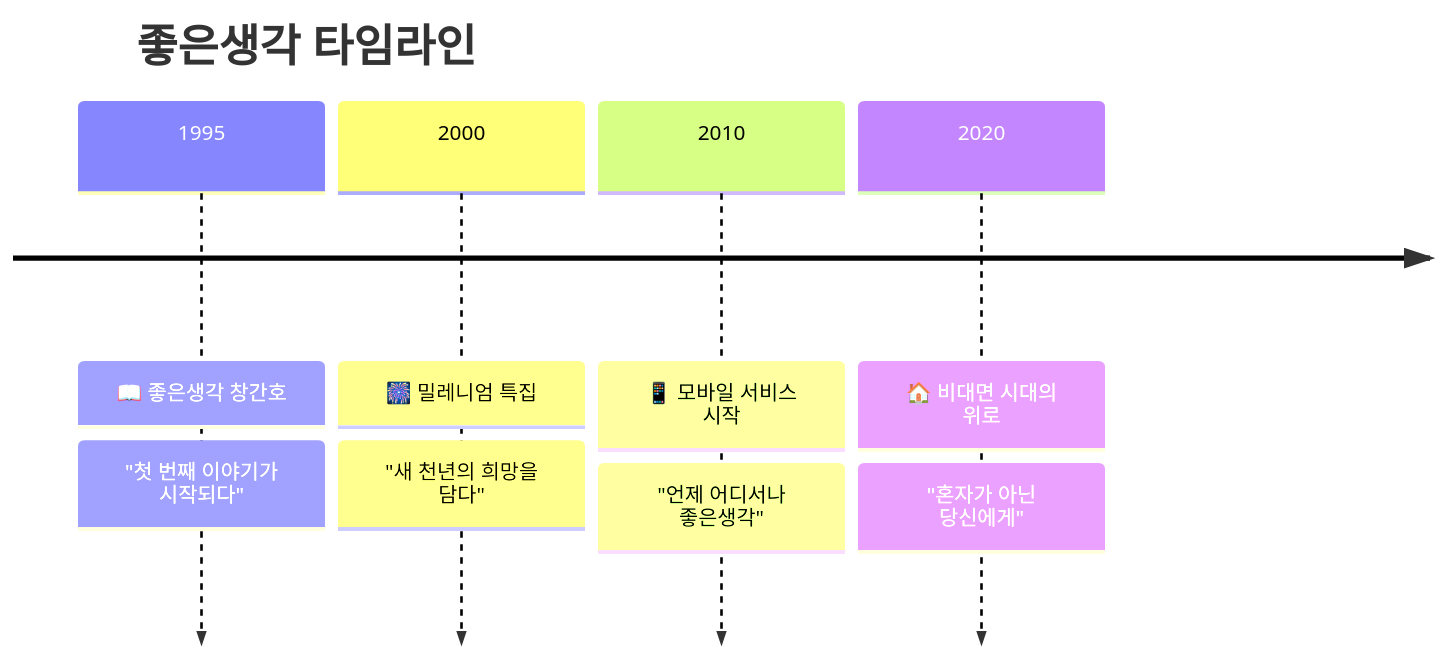
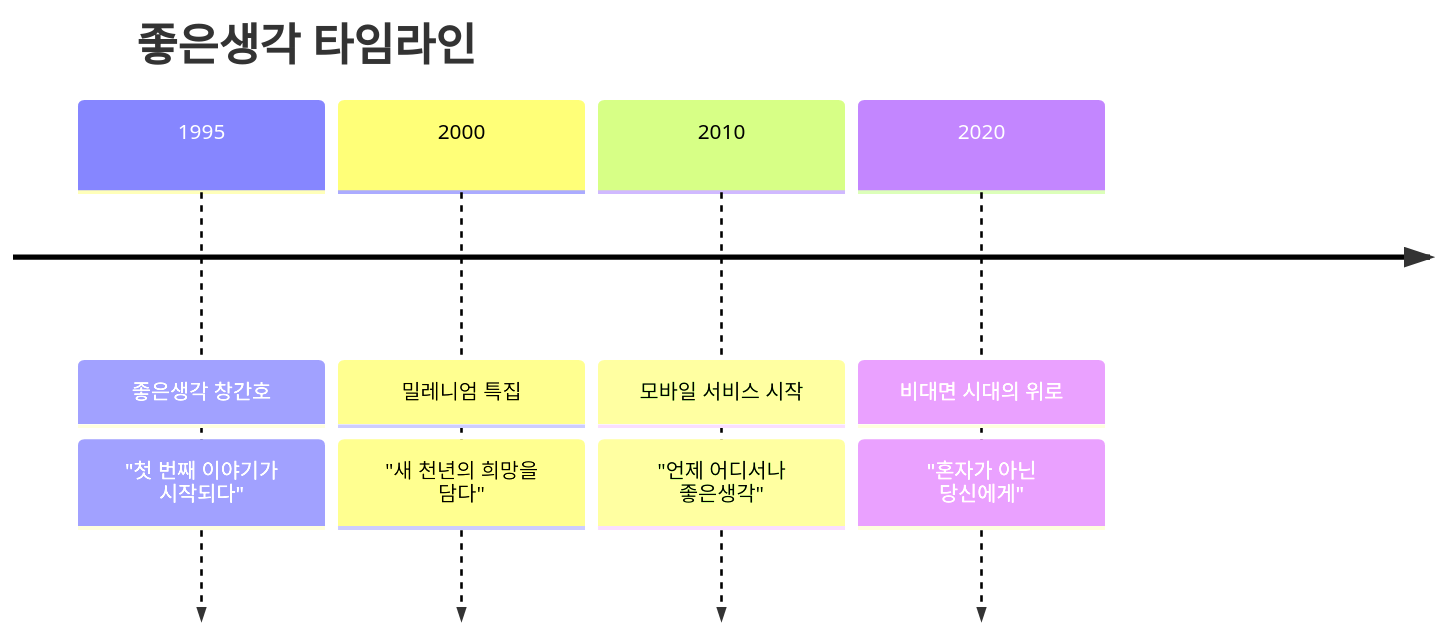
Before and after one commit to sknkwoxs/manual-book: the third of 3 diagrams in src/content/docs/goodthinking-isp/06-future-roadmap/digital-archive.md, drawn with Mermaid. The commit also changed other lines of this file and 38 other files, not shown here.

````diff
--- a/src/content/docs/goodthinking-isp/06-future-roadmap/digital-archive.md
+++ b/src/content/docs/goodthinking-isp/06-future-roadmap/digital-archive.md
@@ -127,9 +127,9 @@
 ```mermaid
 timeline
     title 좋은생각 타임라인
     
-    1995 : 📖 좋은생각 창간호 : "첫 번째 이야기가 시작되다"
-    2000 : 🎆 밀레니엄 특집 : "새 천년의 희망을 담다"
-    2010 : 📱 모바일 서비스 시작 : "언제 어디서나 좋은생각"
-    2020 : 🏠 비대면 시대의 위로 : "혼자가 아닌 당신에게"
+    1995 : 좋은생각 창간호 : "첫 번째 이야기가 시작되다"
+    2000 : 밀레니엄 특집 : "새 천년의 희망을 담다"
+    2010 : 모바일 서비스 시작 : "언제 어디서나 좋은생각"
+    2020 : 비대면 시대의 위로 : "혼자가 아닌 당신에게"
 ```
````
